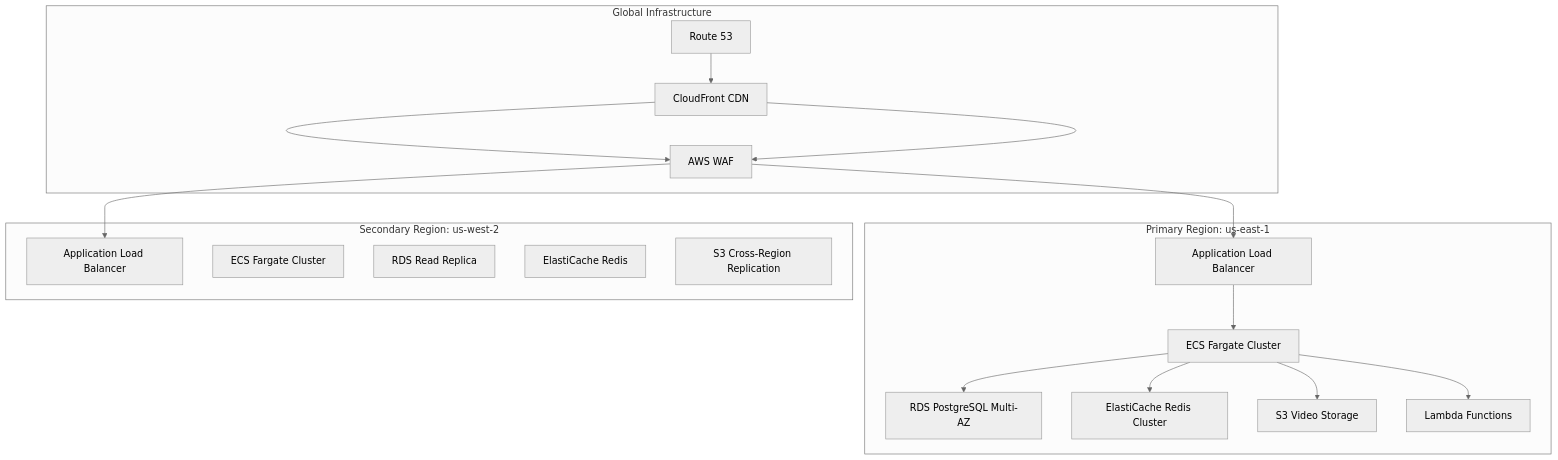
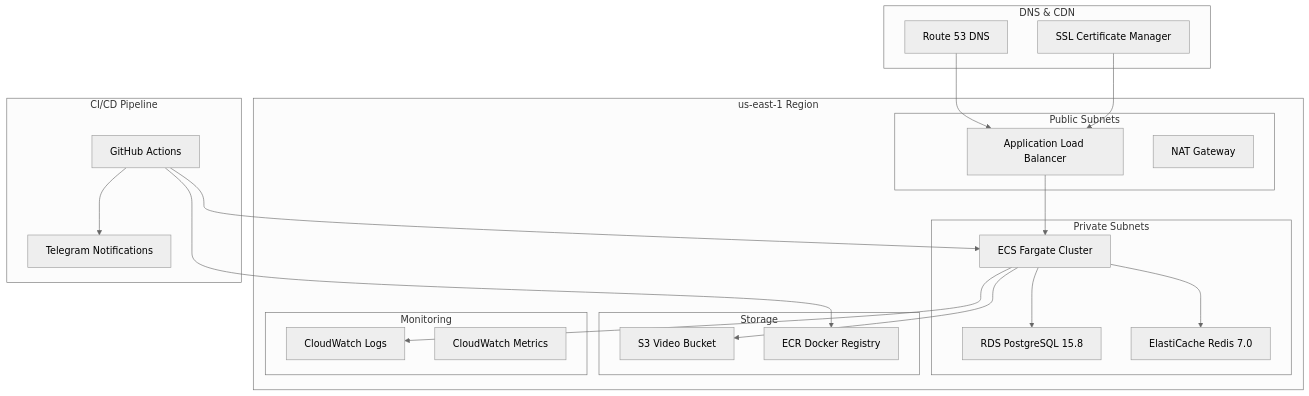
One commit to dmeckers/breiq changed the first of 4 diagrams in docs/ARCHITECTURE.md. Above: the diagram before and after it, drawn with Mermaid (neutral theme). The commit also changed other lines of this file and 4 other files, not shown here.

````diff
--- a/docs/ARCHITECTURE.md
+++ b/docs/ARCHITECTURE.md
@@ -68,34 +68,46 @@
 ```mermaid
 graph TB
-    subgraph "Global Infrastructure"
-        CF[CloudFront CDN]
-        R53[Route 53]
-        WAF[AWS WAF]
+    subgraph "DNS & CDN"
+        R53[Route 53 DNS]
+        ACM[SSL Certificate Manager]
     end
     
-    subgraph "Primary Region: us-east-1"
-        ALB[Application Load Balancer]
-        ECS[ECS Fargate Cluster]
-        RDS[RDS PostgreSQL Multi-AZ]
-        REDIS[ElastiCache Redis Cluster]
-        S3[S3 Video Storage]
-        LAMBDA[Lambda Functions]
+    subgraph "us-east-1 Region"
+        subgraph "Public Subnets"
+            ALB[Application Load Balancer]
+            NAT[NAT Gateway]
+        end
+        
+        subgraph "Private Subnets"
+            ECS[ECS Fargate Cluster]
+            RDS[RDS PostgreSQL 15.8]
+            REDIS[ElastiCache Redis 7.0]
+        end
+        
+        subgraph "Storage"
+            S3[S3 Video Bucket]
+            ECR[ECR Docker Registry]
+        end
+        
+        subgraph "Monitoring"
+            CW[CloudWatch Logs]
+            CWM[CloudWatch Metrics]
+        end
     end
     
-    subgraph "Secondary Region: us-west-2"
-        ALB2[Application Load Balancer]
-        ECS2[ECS Fargate Cluster]
-        RDS2[RDS Read Replica]
-        REDIS2[ElastiCache Redis]
-        S3_REP[S3 Cross-Region Replication]
+    subgraph "CI/CD Pipeline"
+        GHA[GitHub Actions]
+        TG[Telegram Notifications]
     end
     
-    CF --> WAF --> ALB
-    CF --> WAF --> ALB2
-    R53 --> CF
+    R53 --> ALB
+    ACM --> ALB
     ALB --> ECS
     ECS --> RDS
     ECS --> REDIS
     ECS --> S3
-    ECS --> LAMBDA
+    ECS --> CW
+    GHA --> ECR
+    GHA --> ECS
+    GHA --> TG
 ```
````
